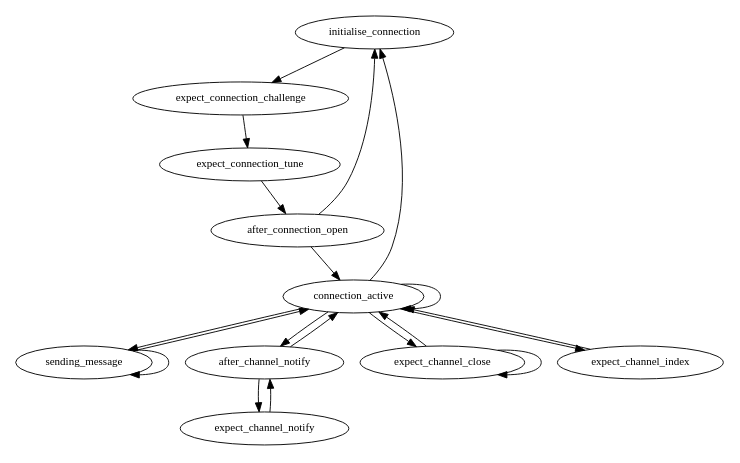
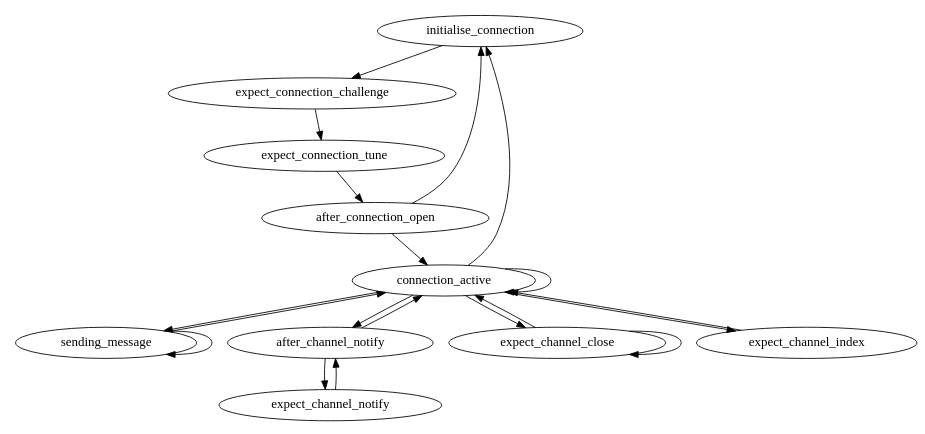
One commit to imatix/openamq changed the diagram in doc/amq_sclient_agent.dot. Above: the diagram before and after it, drawn with Graphviz. The commit also changed 6 other files, not shown here.

```diff
--- a/doc/amq_sclient_agent.dot
+++ b/doc/amq_sclient_agent.dot
@@ -1,25 +1,25 @@
 digraph SClientAgent {
-    size = "6,8";
-    node [fontsize=12];
+    size = "7.5,11";
+    node [fontsize=15];
     subgraph client {
         initialise_connection -> expect_connection_challenge;
         expect_connection_challenge -> expect_connection_tune;
         expect_connection_tune -> after_connection_open;
         after_connection_open -> connection_active;
         after_connection_open -> initialise_connection;
         connection_active -> connection_active;
         connection_active -> sending_message;
         connection_active -> after_channel_notify;
         connection_active -> expect_channel_close;
         connection_active -> expect_channel_index;
         connection_active -> initialise_connection;
         after_channel_notify -> expect_channel_notify;
         after_channel_notify -> connection_active;
         expect_channel_notify -> after_channel_notify;
         expect_channel_close -> expect_channel_close;
         expect_channel_close -> connection_active;
         expect_channel_index -> connection_active;
         sending_message -> sending_message;
         sending_message -> connection_active;
     }
 }
```
